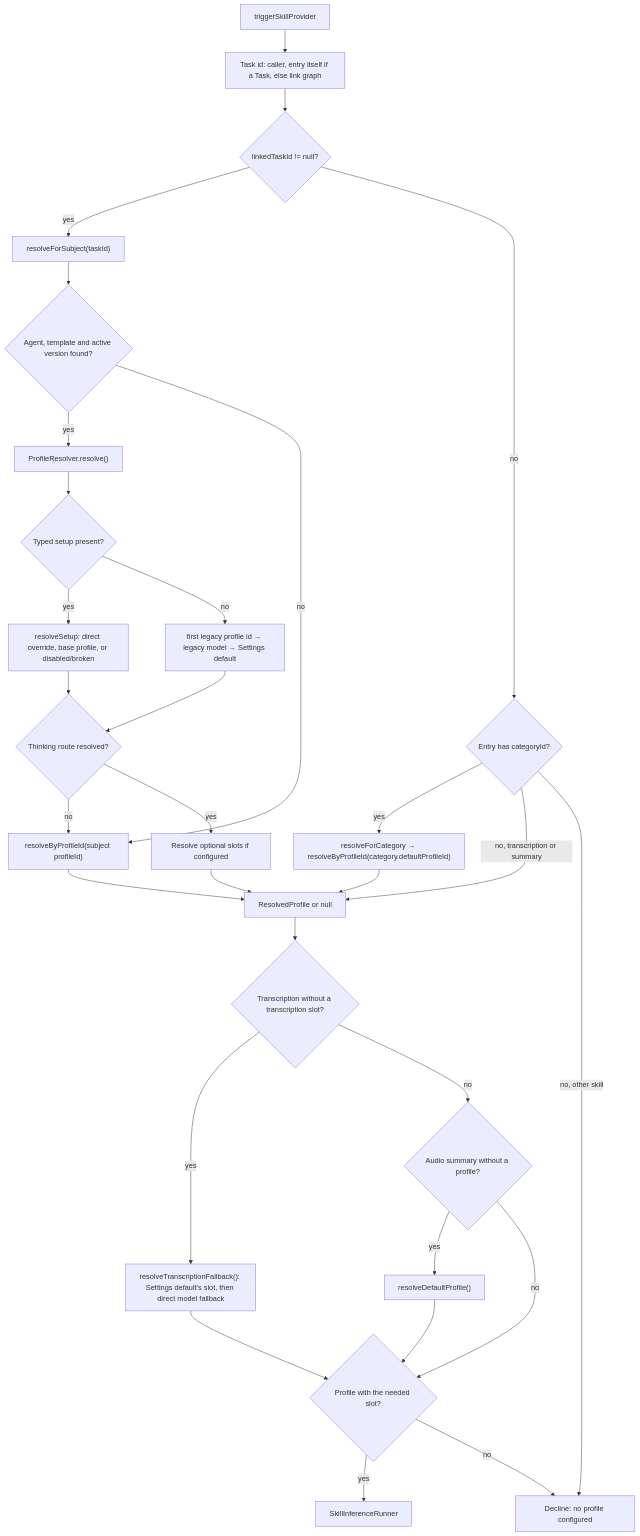
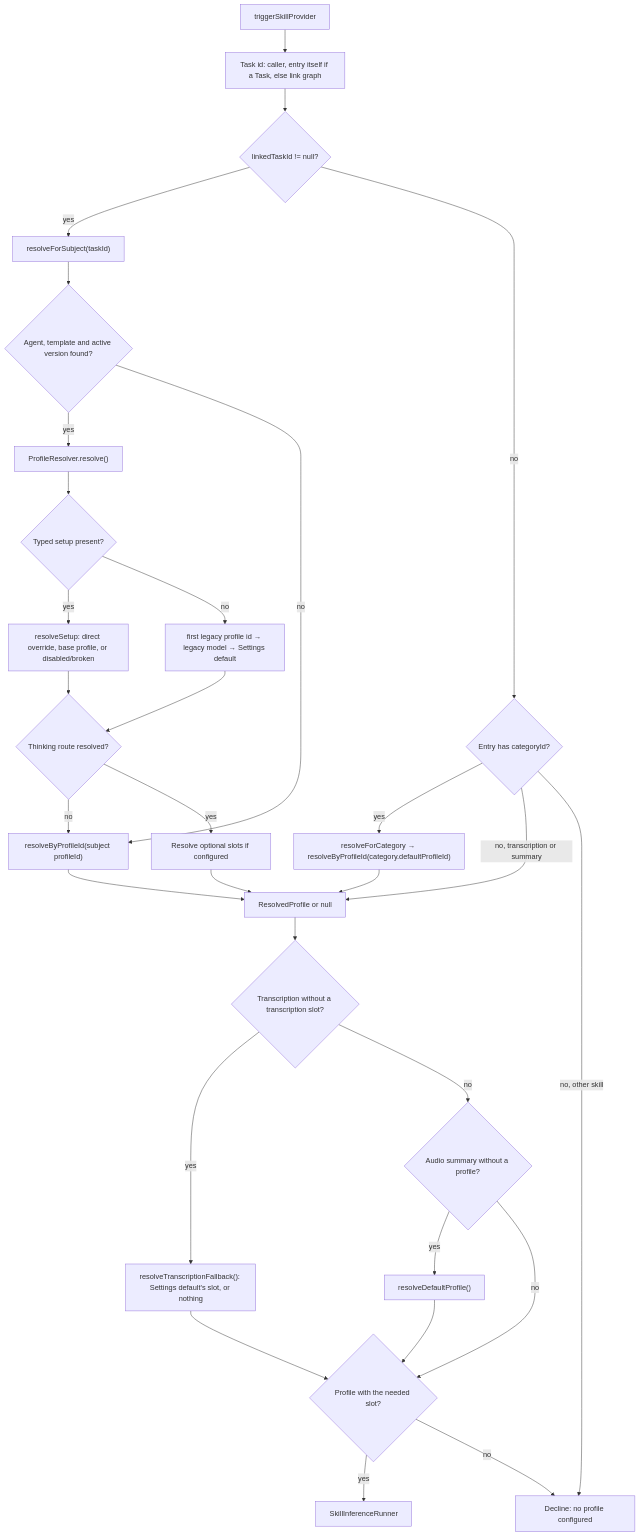
Before and after one commit to matthiasn/lotti: the first of 2 diagrams in knowledge/features/ai/profile-resolution.md, drawn with Mermaid. The commit also changed other lines of this file and 23 other files, not shown here.

````diff
--- a/knowledge/features/ai/profile-resolution.md
+++ b/knowledge/features/ai/profile-resolution.md
@@ -89,36 +89,36 @@
 ```mermaid
 flowchart TD
   Trigger["triggerSkillProvider"] --> LinkTask["Task id: caller, entry itself if a Task, else link graph"]
   LinkTask --> HasTask{"linkedTaskId != null?"}
 
   HasTask -->|yes| SubjectBranch["resolveForSubject(taskId)"]
   HasTask -->|no| HasCategory{"Entry has categoryId?"}
   HasCategory -->|yes| CategoryProfile["resolveForCategory → resolveByProfileId(category.defaultProfileId)"]
   HasCategory -->|no, transcription or summary| Result
   HasCategory -->|no, other skill| Decline["Decline: no profile configured"]
 
   SubjectBranch --> AgentPath{"Agent, template and active version found?"}
   AgentPath -->|yes| ProfileResolve["ProfileResolver.resolve()"]
   AgentPath -->|no| SubjectProfile["resolveByProfileId(subject profileId)"]
 
   ProfileResolve --> Typed{"Typed setup present?"}
   Typed -->|yes| Setup["resolveSetup: direct override, base profile, or disabled/broken"]
   Typed -->|no| Chain["first legacy profile id → legacy model → Settings default"]
   Setup --> Thinking{"Thinking route resolved?"}
   Chain --> Thinking
   Thinking -->|no| SubjectProfile
   Thinking -->|yes| Optional["Resolve optional slots if configured"]
   Optional --> Result["ResolvedProfile or null"]
   SubjectProfile --> Result
   CategoryProfile --> Result
 
   Result --> NeedsStt{"Transcription without a transcription slot?"}
-  NeedsStt -->|yes| Direct["resolveTranscriptionFallback(): Settings default's slot, then direct model fallback"]
+  NeedsStt -->|yes| Direct["resolveTranscriptionFallback(): Settings default's slot, or nothing"]
   NeedsStt -->|no| NeedsDefault{"Audio summary without a profile?"}
   NeedsDefault -->|yes| Default["resolveDefaultProfile()"]
   NeedsDefault -->|no| Runnable
   Direct --> Runnable
   Default --> Runnable
   Runnable{"Profile with the needed slot?"} -->|yes| Runner["SkillInferenceRunner"]
   Runnable -->|no| Decline
 ```
````
